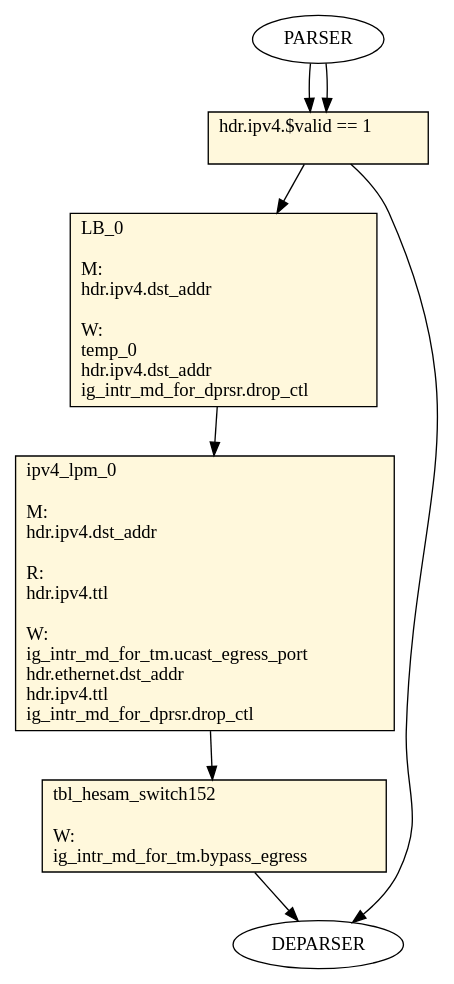
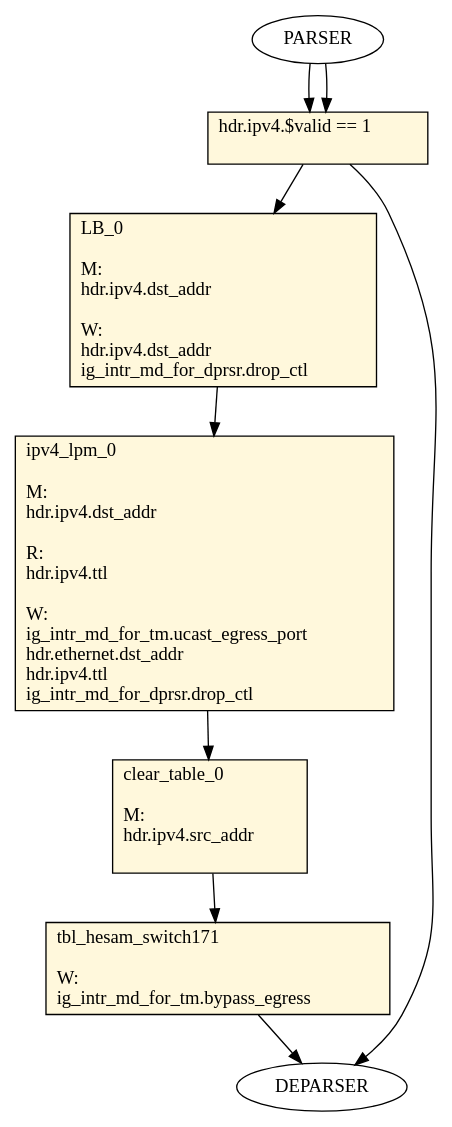
Before and after one commit to PINetDalhousie/p4mite: the diagram in hesam_switch.tofino/pipe/graphs/0_table_flow_graph_ingress.dot, drawn with Graphviz. The commit also changed 14 other files, not shown here.

```diff
--- a/hesam_switch.tofino/pipe/graphs/0_table_flow_graph_ingress.dot
+++ b/hesam_switch.tofino/pipe/graphs/0_table_flow_graph_ingress.dot
@@ -1,34 +1,38 @@
 digraph ingress {
 cond_2 [ shape=record, style="filled", fillcolor=cornsilk, label="hdr.ipv4.$valid == 1\l\l
  "];
 LB_0 [ shape=record, style="filled", fillcolor=cornsilk, label="LB_0\l\l
 M:\l
  hdr.ipv4.dst_addr\l
 \lW:\l
- temp_0\l
  hdr.ipv4.dst_addr\l
  ig_intr_md_for_dprsr.drop_ctl\l
  "];
 ipv4_lpm_0 [ shape=record, style="filled", fillcolor=cornsilk, label="ipv4_lpm_0\l\l
 M:\l
  hdr.ipv4.dst_addr\l
 \lR:\l
  hdr.ipv4.ttl\l
 \lW:\l
  ig_intr_md_for_tm.ucast_egress_port\l
  hdr.ethernet.dst_addr\l
  hdr.ipv4.ttl\l
  ig_intr_md_for_dprsr.drop_ctl\l
  "];
-tbl_hesam_switch152 [ shape=record, style="filled", fillcolor=cornsilk, label="tbl_hesam_switch152\l\l
+clear_table_0 [ shape=record, style="filled", fillcolor=cornsilk, label="clear_table_0\l\l
+M:\l
+ hdr.ipv4.src_addr\l
+\l "];
+tbl_hesam_switch171 [ shape=record, style="filled", fillcolor=cornsilk, label="tbl_hesam_switch171\l\l
 W:\l
  ig_intr_md_for_tm.bypass_egress\l
  "];
     PARSER -> cond_2
     cond_2 -> LB_0
     PARSER -> cond_2
     cond_2 -> DEPARSER
     LB_0 -> ipv4_lpm_0
-    ipv4_lpm_0 -> tbl_hesam_switch152
-    tbl_hesam_switch152 -> DEPARSER
+    ipv4_lpm_0 -> clear_table_0
+    clear_table_0 -> tbl_hesam_switch171
+    tbl_hesam_switch171 -> DEPARSER
 }
```
